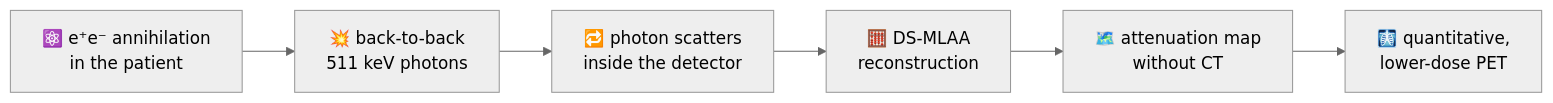
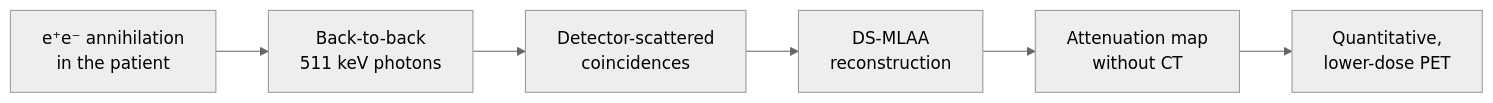
One commit to Official-Satyam-Tiwari/Official-Satyam-Tiwari changed the diagram in README.md. Above: the diagram before and after it, drawn with Mermaid (neutral theme). The commit also changed other lines of this file, not shown here.

Commit message:
README: remove emoji, use "detector-scattered" wording, dark-mode images

````diff
--- a/README.md
+++ b/README.md
@@ -29,8 +32,8 @@
 ```mermaid
 flowchart LR
-    A["⚛️ e⁺e⁻ annihilation<br/>in the patient"] --> B["💥 back-to-back<br/>511 keV photons"]
-    B --> C["🔁 photon scatters<br/>inside the detector"]
-    C --> D["🧮 DS-MLAA<br/>reconstruction"]
-    D --> E["🗺️ attenuation map<br/>without CT"]
-    E --> F["🩻 quantitative,<br/>lower-dose PET"]
+    A["e⁺e⁻ annihilation<br/>in the patient"] --> B["Back-to-back<br/>511 keV photons"]
+    B --> C["Detector-scattered<br/>coincidences"]
+    C --> D["DS-MLAA<br/>reconstruction"]
+    D --> E["Attenuation map<br/>without CT"]
+    E --> F["Quantitative,<br/>lower-dose PET"]
 ```
````
